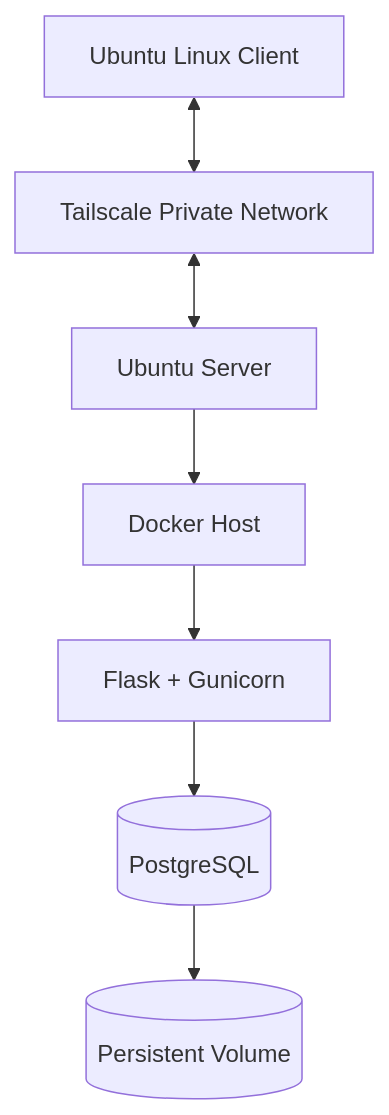
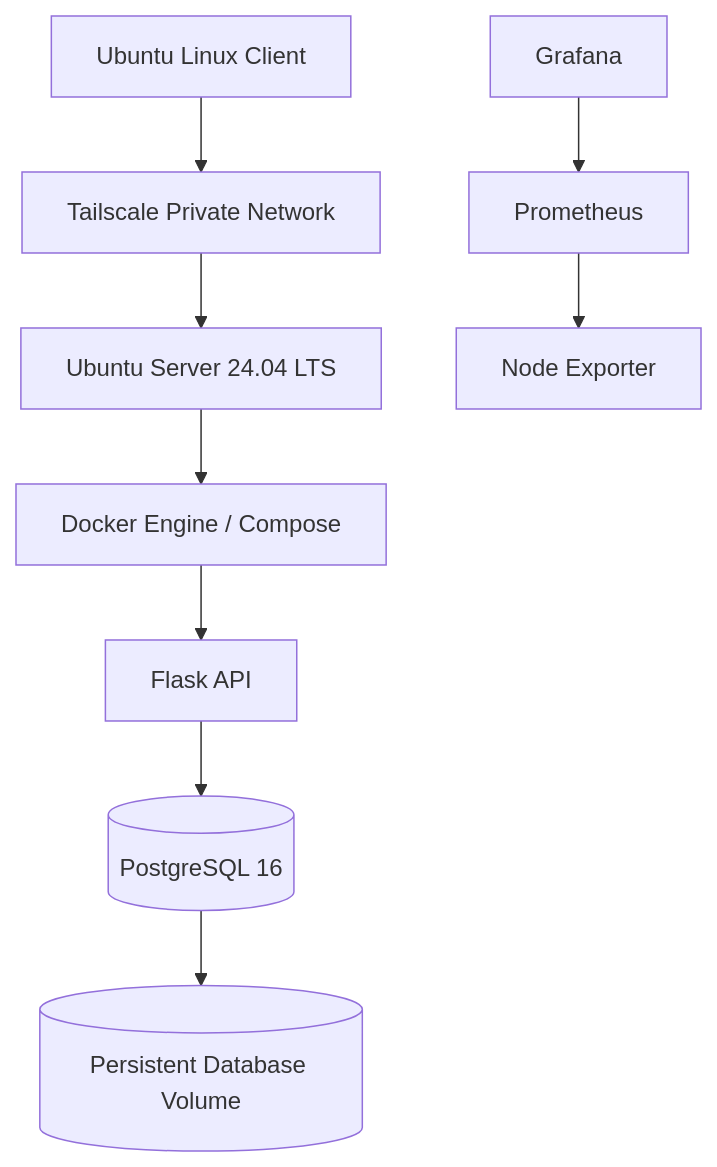
The first of 2 diagrams in README.md (SufiyanKhanCloud/homelab-devops-labs), drawn with Mermaid before and after one commit. The commit also changed other lines of this file and 1 other file, not shown here.

````diff
--- a/README.md
+++ b/README.md
@@ -19,17 +24,25 @@
 ```mermaid
 flowchart TD
     Client["Ubuntu Linux Client"]
     VPN["Tailscale Private Network"]
-    Server["Ubuntu Server"]
-    Docker["Docker Host"]
-    App["Flask + Gunicorn"]
-    DB[("PostgreSQL")]
-    Volume[("Persistent Volume")]
+    Server["Ubuntu Server 24.04 LTS"]
+    Docker["Docker Engine / Compose"]
 
-    Client <--> VPN
-    VPN <--> Server
+    App["Flask API"]
+    DB[("PostgreSQL 16")]
+    Volume[("Persistent Database Volume")]
+
+    Prom["Prometheus"]
+    Node["Node Exporter"]
+    Grafana["Grafana"]
+
+    Client --> VPN
+    VPN --> Server
     Server --> Docker
     Docker --> App
     App --> DB
     DB --> Volume
+
+    Prom --> Node
+    Grafana --> Prom
 ```
````
